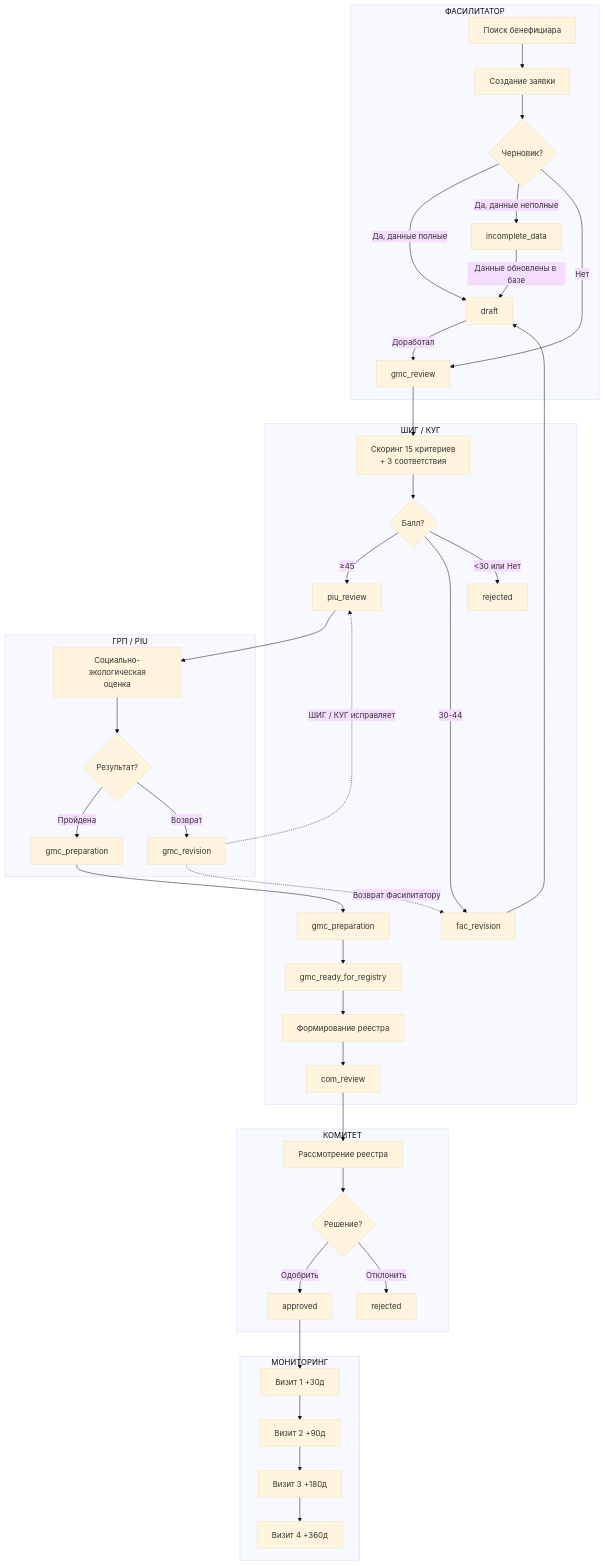
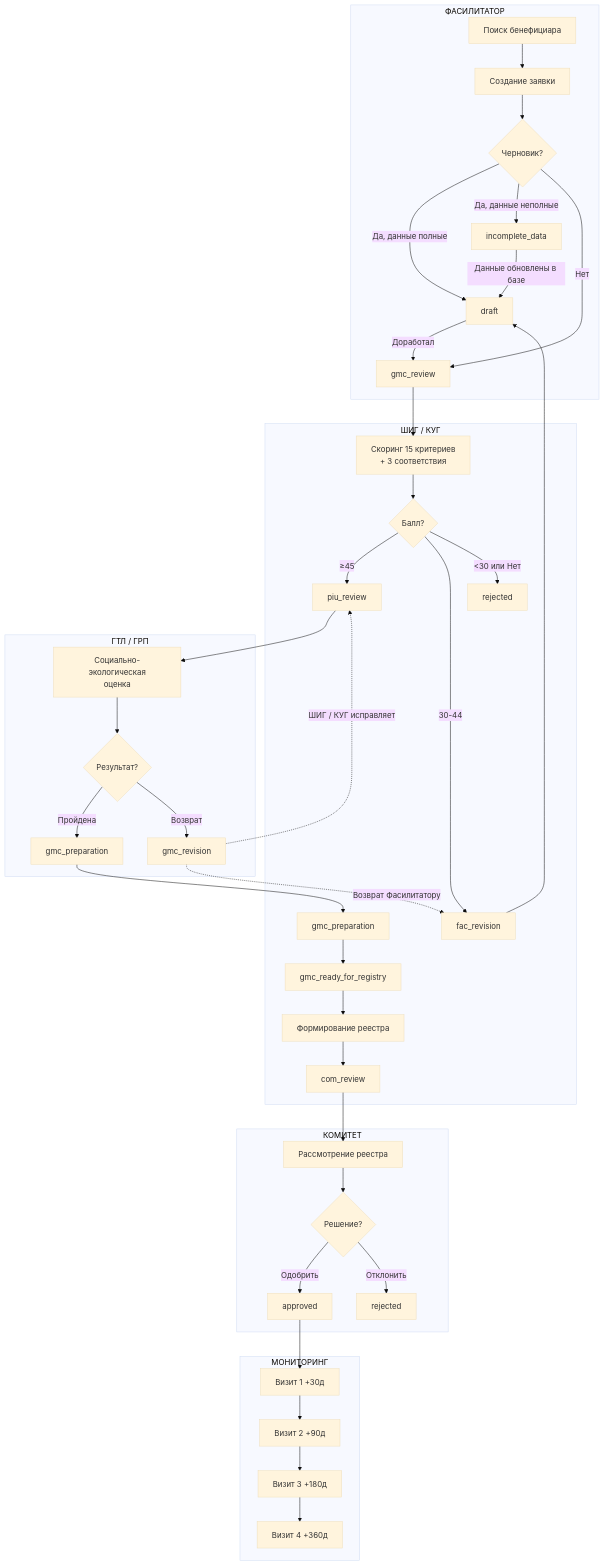
Diagram 13 of 13 in docs/BUSINESS-PROCESSES.md (firka-kh/eip-test), drawn with Mermaid (base theme) before and after one commit. The commit also changed other lines of this file and 11 other files, not shown here.

````diff
--- a/docs/BUSINESS-PROCESSES.md
+++ b/docs/BUSINESS-PROCESSES.md
@@ -519,49 +519,49 @@
 ```mermaid
 flowchart TB
     subgraph "ФАСИЛИТАТОР"
         A1[Поиск бенефициара] --> A2[Создание заявки]
         A2 --> A3{Черновик?}
         A3 -->|Да, данные полные| A4[draft]
         A3 -->|Да, данные неполные| A4b[incomplete_data]
         A3 -->|Нет| A5[gmc_review]
         A4 -->|Доработал| A5
         A4b -->|Данные обновлены в базе| A4
     end
 
     subgraph "ШИГ / КУГ"
         B1[Скоринг 15 критериев<br/>+ 3 соответствия] --> B2{Балл?}
         B2 -->|≥45| B3[piu_review]
         B2 -->|30-44| B4[fac_revision]
         B2 -->|<30 или Нет| B5[rejected]
         B6[gmc_preparation] --> B7[gmc_ready_for_registry]
         B7 --> B8[Формирование реестра]
         B8 --> B9[com_review]
     end
 
-    subgraph "ГРП / PIU"
+    subgraph "ГТЛ / ГРП"
         C1[Социально-экологическая<br/>оценка] --> C2{Результат?}
         C2 -->|Пройдена| C3[gmc_preparation]
         C2 -->|Возврат| C4[gmc_revision]
     end
 
     subgraph "КОМИТЕТ"
         D1[Рассмотрение реестра] --> D2{Решение?}
         D2 -->|Одобрить| D3[approved]
         D2 -->|Отклонить| D4[rejected]
     end
 
     subgraph "МОНИТОРИНГ"
         E1[Визит 1 +30д] --> E2[Визит 2 +90д]
         E2 --> E3[Визит 3 +180д]
         E3 --> E4[Визит 4 +360д]
     end
 
     A5 --> B1
     B3 --> C1
     B4 --> A4
     C3 --> B6
     C4 -.->|ШИГ / КУГ исправляет| B3
     C4 -.->|Возврат Фасилитатору| B4
     B9 --> D1
     D3 --> E1
 ```
````
